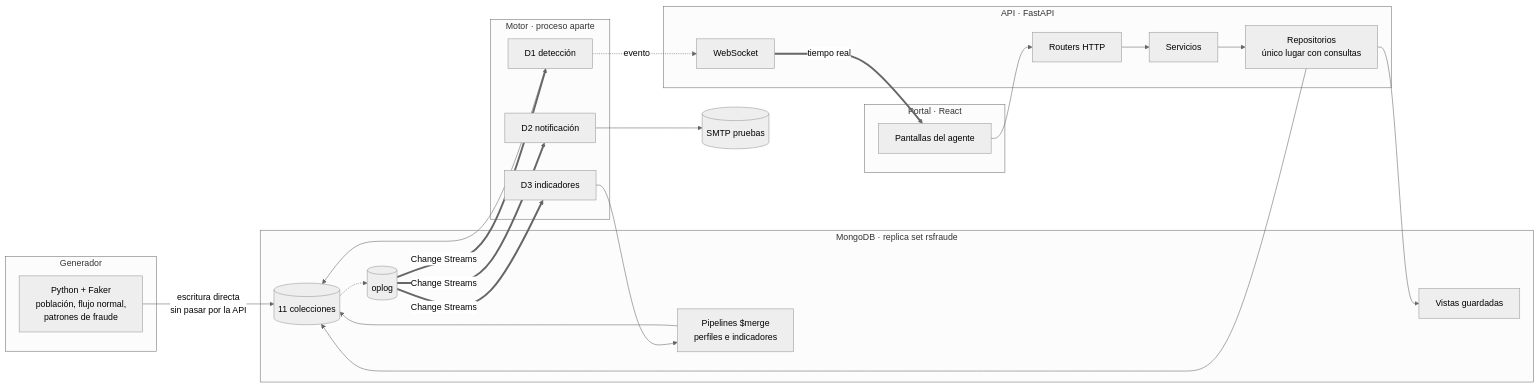
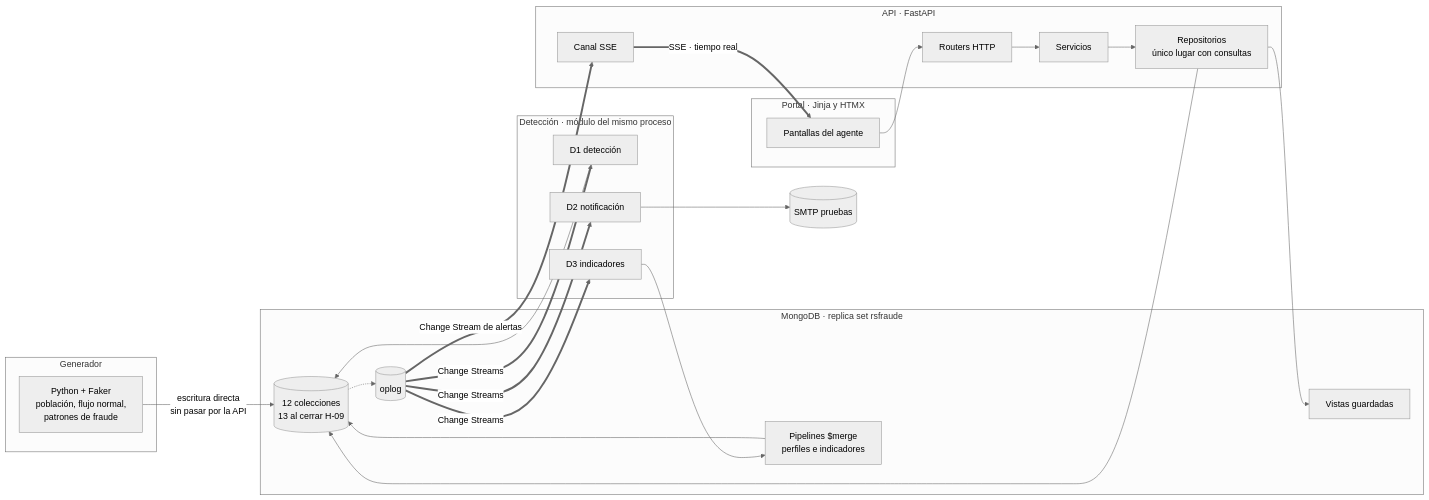
Before and after one commit to handelenriquezacuna/centinela: the second of 11 diagrams in docs/04-arquitectura.md, drawn with Mermaid (neutral theme). The commit also changed other lines of this file and 49 other files, not shown here.

Commit message:
feat(plataforma): canal SSE, supervision de tareas, CI y segunda modalidad de arranque

````diff
--- a/docs/04-arquitectura.md
+++ b/docs/04-arquitectura.md
@@ -46,41 +46,41 @@
 ```mermaid
 flowchart LR
     subgraph gen [Generador]
         G[Python + Faker<br/>población, flujo normal,<br/>patrones de fraude]
     end
 
     subgraph api [API · FastAPI]
         R[Routers HTTP]
         S[Servicios]
         P[Repositorios<br/>único lugar con consultas]
-        W[WebSocket]
+        W[Canal SSE]
     end
 
-    subgraph motor [Motor · proceso aparte]
+    subgraph motor [Detección · módulo del mismo proceso]
         D1[D1 detección]
         D2[D2 notificación]
         D3[D3 indicadores]
     end
 
     subgraph mongo [MongoDB · replica set rsfraude]
-        C[(11 colecciones)]
+        C[(12 colecciones<br/>13 al cerrar H-09)]
         V[Vistas guardadas]
         M[Pipelines $merge<br/>perfiles e indicadores]
         OL[(oplog)]
     end
 
-    subgraph portal [Portal · React]
+    subgraph portal [Portal · Jinja y HTMX]
         UI[Pantallas del agente]
     end
 
     G -- "escritura directa<br/>sin pasar por la API" --> C
     C -.-> OL
     OL == "Change Streams" ==> D1 & D2 & D3
     D1 --> C
     D2 --> SMTP[(SMTP pruebas)]
     D3 --> M --> C
     UI --> R --> S --> P --> C
     P --> V
-    D1 -. "evento" .-> W
-    W == "tiempo real" ==> UI
+    OL == "Change Stream de alertas" ==> W
+    W == "SSE · tiempo real" ==> UI
 ```
````
